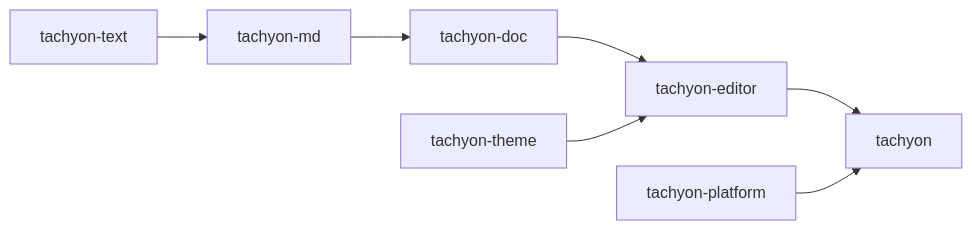
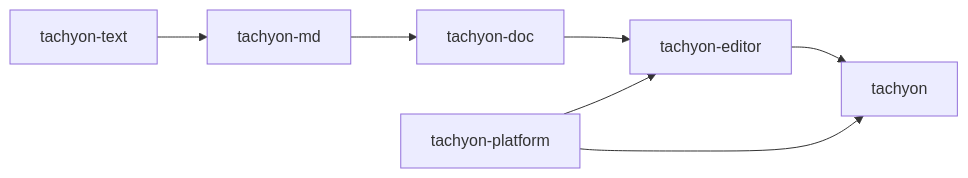
Before and after one commit to DailenG/tachyon: the first of 2 diagrams in docs/ARCHITECTURE.md, drawn with Mermaid. The commit also changed other lines of this file and 20 other files, not shown here.

````diff
--- a/docs/ARCHITECTURE.md
+++ b/docs/ARCHITECTURE.md
@@ -19,6 +20,6 @@
 ```mermaid
 flowchart LR
   text[tachyon-text] --> md[tachyon-md] --> doc[tachyon-doc] --> editor[tachyon-editor] --> bin[tachyon]
-  theme[tachyon-theme] --> editor
+  platform[tachyon-platform] --> editor
   platform[tachyon-platform] --> bin
 ```
````
